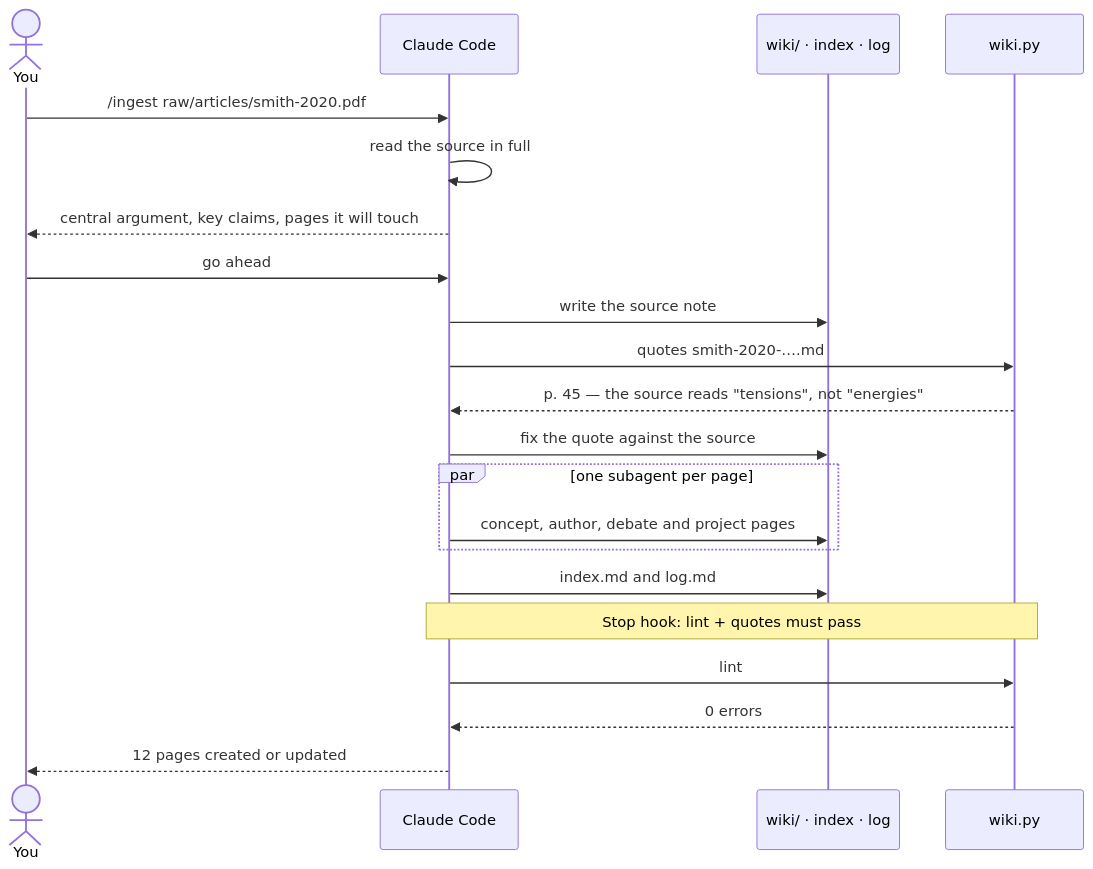
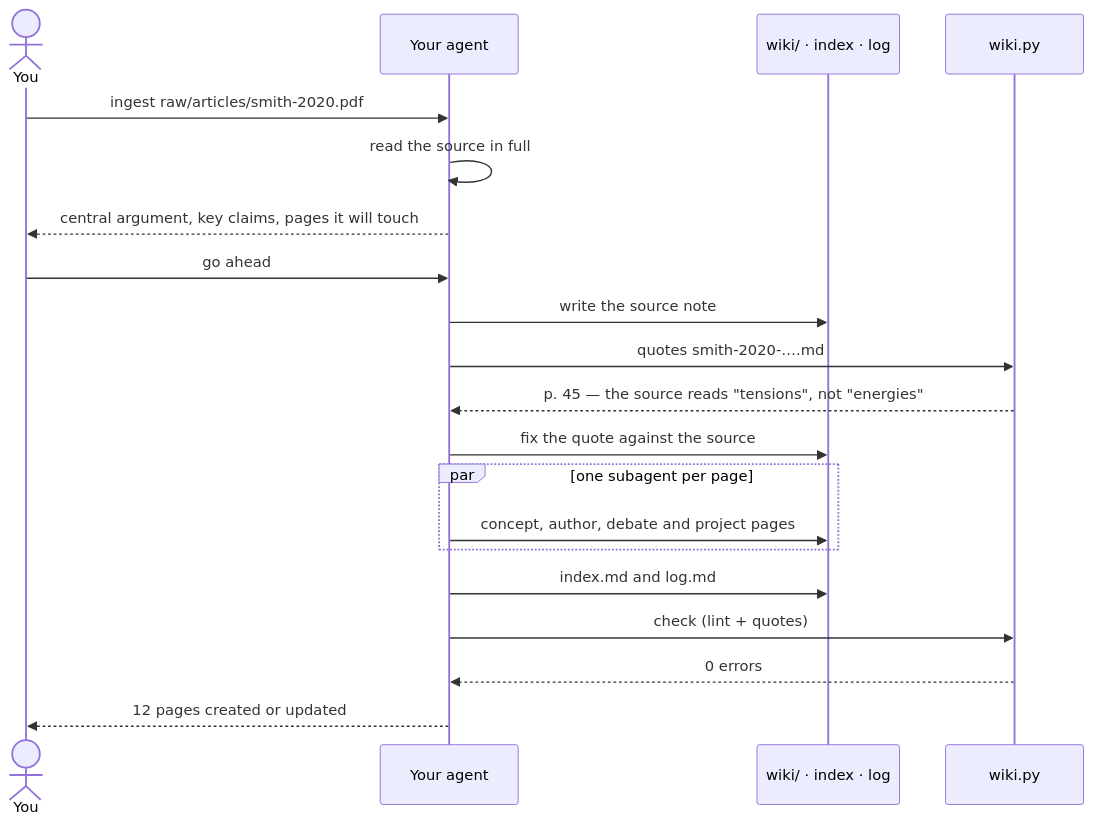
One commit to MetamusicX/zissa-wiki changed the second of 4 diagrams in README.md. Above: the diagram before and after it, drawn with Mermaid. The commit also changed other lines of this file and 18 other files, not shown here.

First line of the commit message:
v1.2.0: model-agnostic — AGENTS.md schema, chat-app bridge, portable checks (#3)

````diff
--- a/README.md
+++ b/README.md
@@ -82,24 +110,23 @@
 ```mermaid
 sequenceDiagram
     actor You
-    participant C as Claude Code
+    participant C as Your agent
     participant W as wiki/ · index · log
     participant T as wiki.py
 
-    You->>C: /ingest raw/articles/smith-2020.pdf
+    You->>C: ingest raw/articles/smith-2020.pdf
     C->>C: read the source in full
     C-->>You: central argument, key claims, pages it will touch
     You->>C: go ahead
     C->>W: write the source note
     C->>T: quotes smith-2020-….md
     T-->>C: p. 45 — the source reads "tensions", not "energies"
     C->>W: fix the quote against the source
     par one subagent per page
         C->>W: concept, author, debate and project pages
     end
     C->>W: index.md and log.md
-    Note over C,T: Stop hook: lint + quotes must pass
-    C->>T: lint
+    C->>T: check (lint + quotes)
     T-->>C: 0 errors
     C-->>You: 12 pages created or updated
 ```
````
